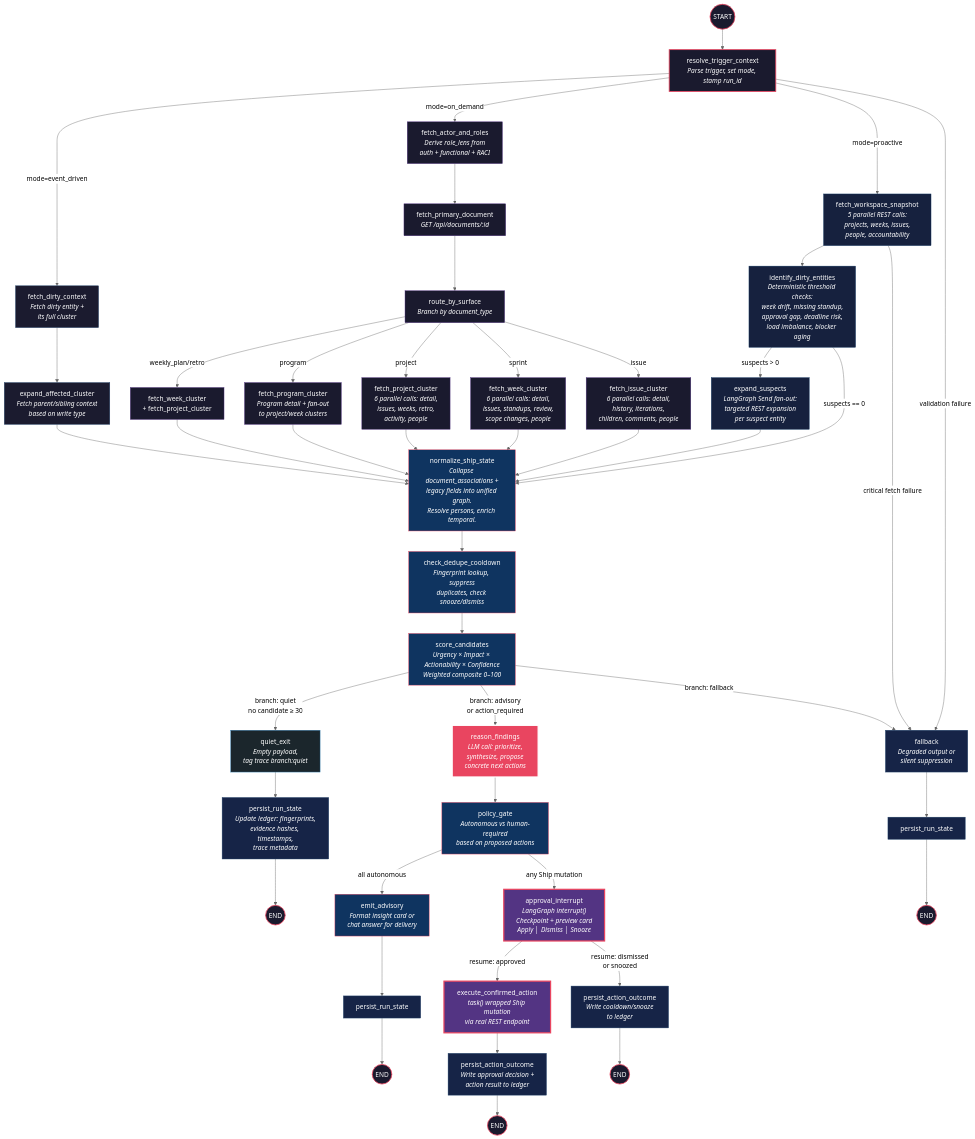
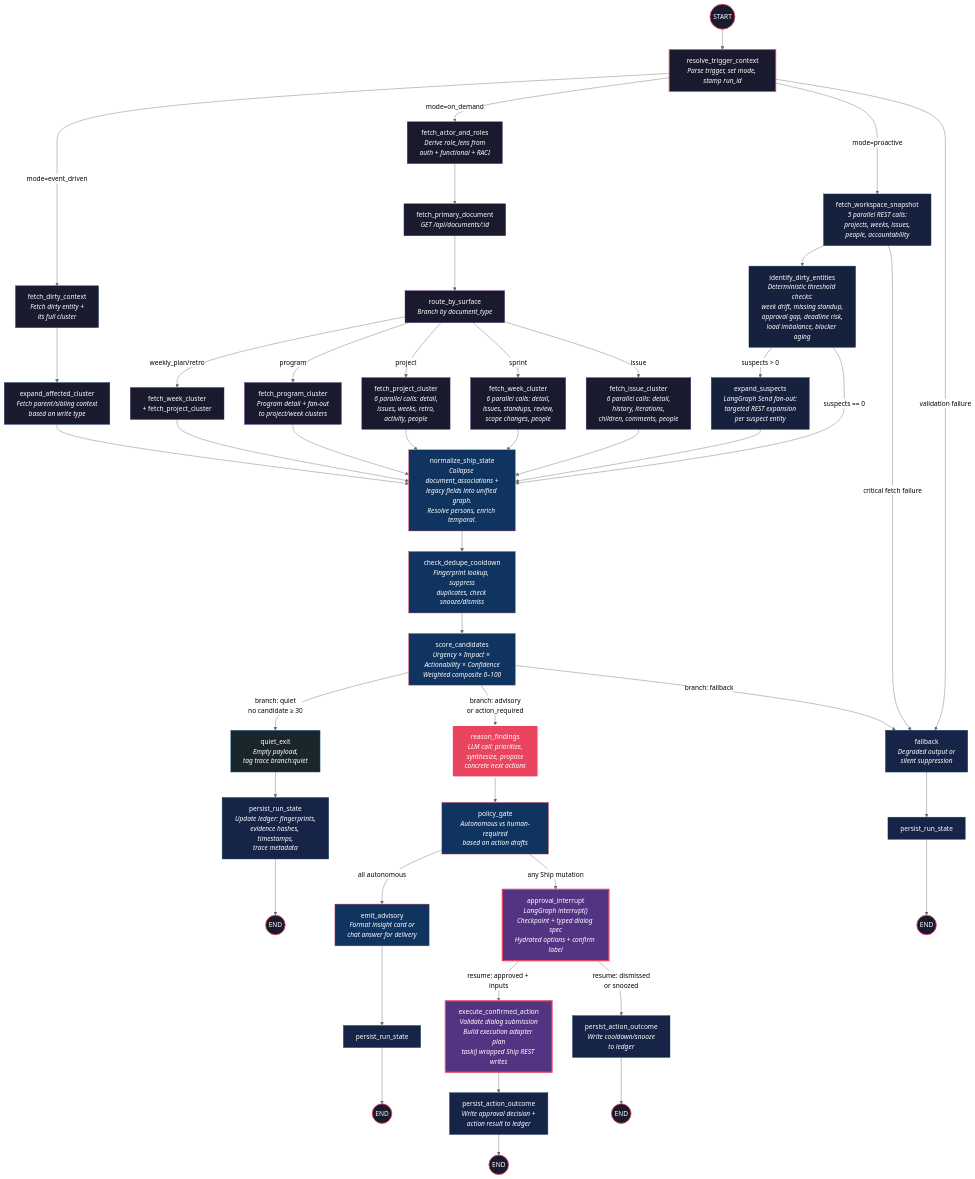
The second of 2 diagrams in docs/specs/fleetgraph/THREE_LANE_ARCHITECTURE.md (thisisyoussef/ship), drawn with Mermaid (neutral theme) before and after one commit. The commit also changed other lines of this file and 6 other files, not shown here.

Commit message:
docs(fleetgraph): design shared dynamic action module

```diff
--- a/docs/specs/fleetgraph/THREE_LANE_ARCHITECTURE.md
+++ b/docs/specs/fleetgraph/THREE_LANE_ARCHITECTURE.md
@@ -1055,16 +1129,16 @@
     PRS --> END1(("END")):::entry
 
     %% Reasoning + Policy
-    RF --> PG["policy_gate<br/><i>Autonomous vs human-required<br/>based on proposed actions</i>"]:::shared
+    RF --> PG["policy_gate<br/><i>Autonomous vs human-required<br/>based on action drafts</i>"]:::shared
     PG -->|"all autonomous"| EA["emit_advisory<br/><i>Format insight card or<br/>chat answer for delivery</i>"]:::shared
-    PG -->|"any Ship mutation"| AI["approval_interrupt<br/><i>LangGraph interrupt()<br/>Checkpoint + preview card<br/>Apply │ Dismiss │ Snooze</i>"]:::hitl
+    PG -->|"any Ship mutation"| AI["approval_interrupt<br/><i>LangGraph interrupt()<br/>Checkpoint + typed dialog spec<br/>Hydrated options + confirm label</i>"]:::hitl
 
     %% Advisory Delivery
     EA --> PRS2["persist_run_state"]:::terminal
     PRS2 --> END2(("END")):::entry
 
     %% HITL Path
-    AI -->|"resume: approved"| ECA["execute_confirmed_action<br/><i>task() wrapped Ship mutation<br/>via real REST endpoint</i>"]:::hitl
+    AI -->|"resume: approved + inputs"| ECA["execute_confirmed_action<br/><i>Validate dialog submission<br/>Build execution adapter plan<br/>task() wrapped Ship REST writes</i>"]:::hitl
     AI -->|"resume: dismissed<br/>or snoozed"| PAO["persist_action_outcome<br/><i>Write cooldown/snooze<br/>to ledger</i>"]:::terminal
     ECA --> PAO2["persist_action_outcome<br/><i>Write approval decision +<br/>action result to ledger</i>"]:::terminal
     PAO --> END3(("END")):::entry
```
